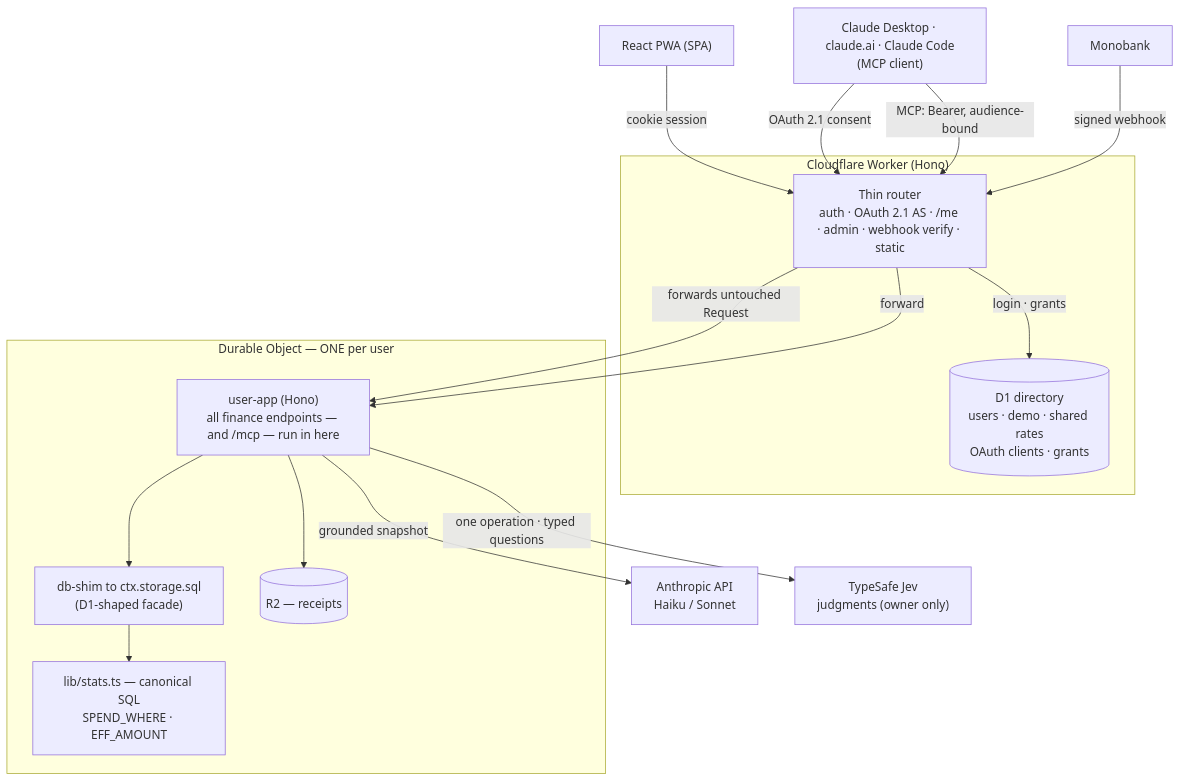
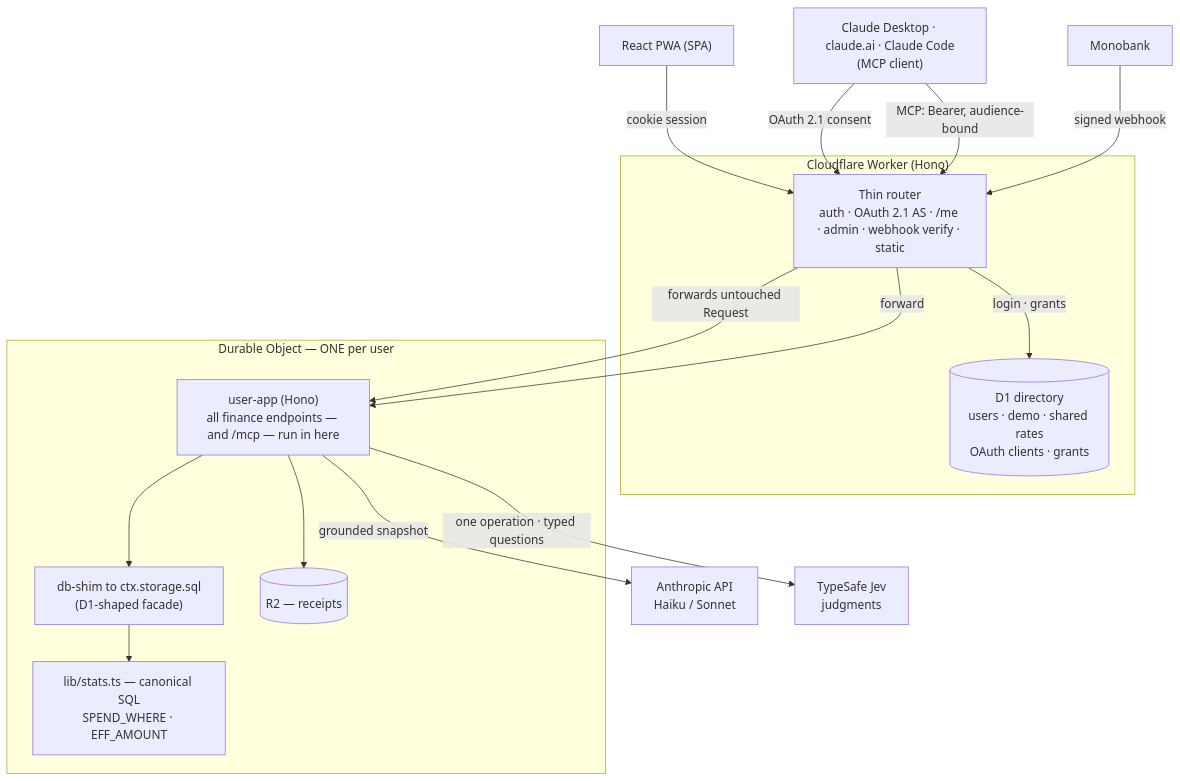
The diagram in README.md (ITalik-gr/money-track), drawn with Mermaid before and after one commit. The commit also changed 41 other files, not shown here.

First line of the commit message:
feat: implement JEV-SHARED functionality for shared TypeSafe key usage tracking

````diff
--- a/README.md
+++ b/README.md
@@ -79,33 +79,33 @@
 ```mermaid
 flowchart TB
     Browser["React PWA (SPA)"]
 
     subgraph Worker["Cloudflare Worker (Hono)"]
         Router["Thin router<br/>auth · OAuth 2.1 AS · /me · admin · webhook verify · static"]
         Directory[("D1 directory<br/>users · demo · shared rates<br/>OAuth clients · grants")]
     end
 
     subgraph DO["Durable Object — ONE per user"]
         UserApp["user-app (Hono)<br/>all finance endpoints — and /mcp — run in here"]
         Shim["db-shim to ctx.storage.sql<br/>(D1-shaped facade)"]
         Canon["lib/stats.ts — canonical SQL<br/>SPEND_WHERE · EFF_AMOUNT"]
         R2[("R2 — receipts")]
     end
 
     Anthropic["Anthropic API<br/>Haiku / Sonnet"]
-    TypeSafe["TypeSafe Jev<br/>judgments (owner only)"]
+    TypeSafe["TypeSafe Jev<br/>judgments"]
     Mono["Monobank"]
     Claude["Claude Desktop · claude.ai · Claude Code<br/>(MCP client)"]
 
     Browser -->|"cookie session"| Router
     Claude -->|"OAuth 2.1 consent"| Router
     Claude -->|"MCP: Bearer, audience-bound"| Router
     Router -->|"forwards untouched Request"| UserApp
     UserApp --> Shim --> Canon
     UserApp --> R2
     UserApp -->|"grounded snapshot"| Anthropic
     UserApp -->|"one operation · typed questions"| TypeSafe
     Router -->|"login · grants"| Directory
     Mono -->|"signed webhook"| Router
     Router -->|"forward"| UserApp
 ```
````
